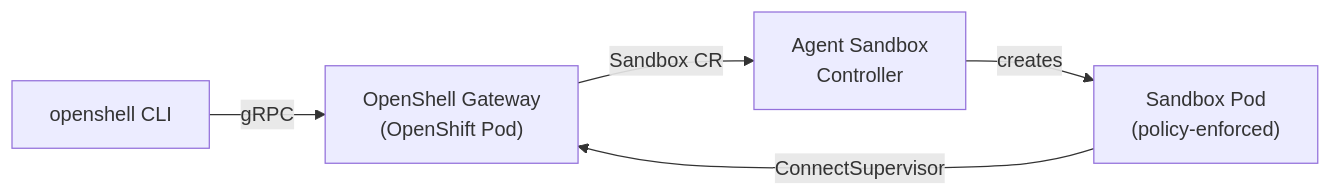
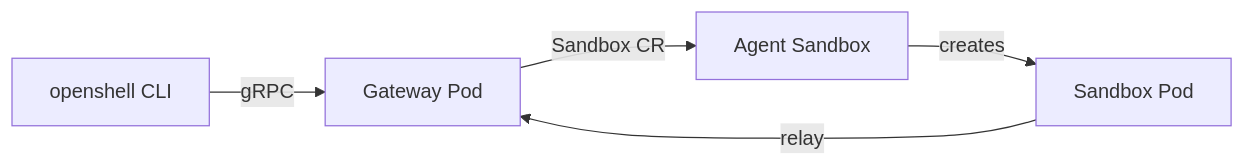
The diagram in tutorials/docs/index.md (rrbanda/openshell-openshift-reference), drawn with Mermaid before and after one commit. The commit also changed other lines of this file and 5 other files, not shown here.

````diff
--- a/tutorials/docs/index.md
+++ b/tutorials/docs/index.md
@@ -22,7 +27,7 @@
 ```mermaid
 flowchart LR
-    CLI["openshell CLI"] -->|gRPC| GW["OpenShell Gateway<br/>(OpenShift Pod)"]
-    GW -->|"Sandbox CR"| K8s["Agent Sandbox<br/>Controller"]
-    K8s -->|creates| Pod["Sandbox Pod<br/>(policy-enforced)"]
-    Pod -->|"ConnectSupervisor"| GW
+    CLI["openshell CLI"] -->|gRPC| GW["Gateway Pod"]
+    GW -->|"Sandbox CR"| ASC["Agent Sandbox"]
+    ASC -->|creates| Pod["Sandbox Pod"]
+    Pod -->|"relay"| GW
 ```
````
